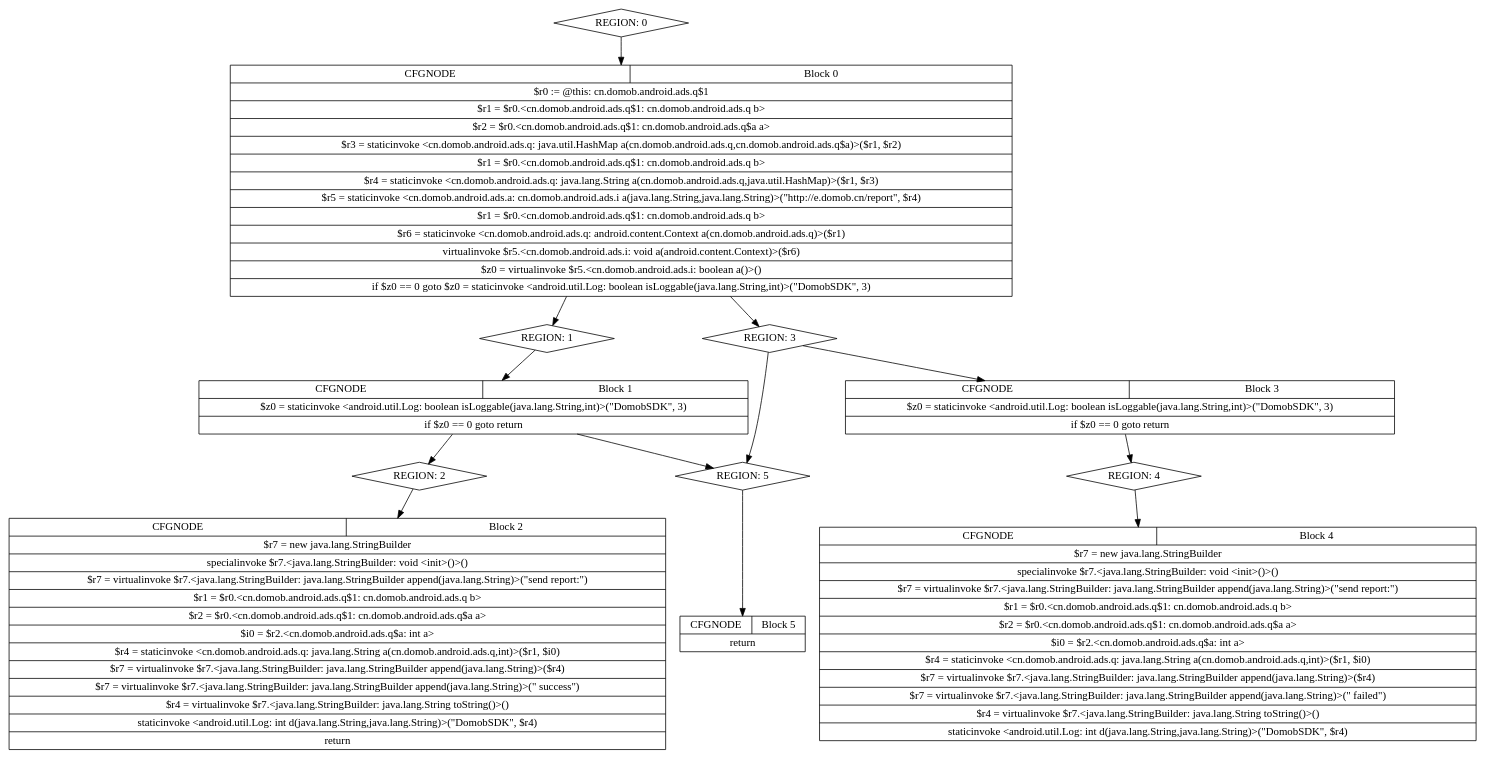
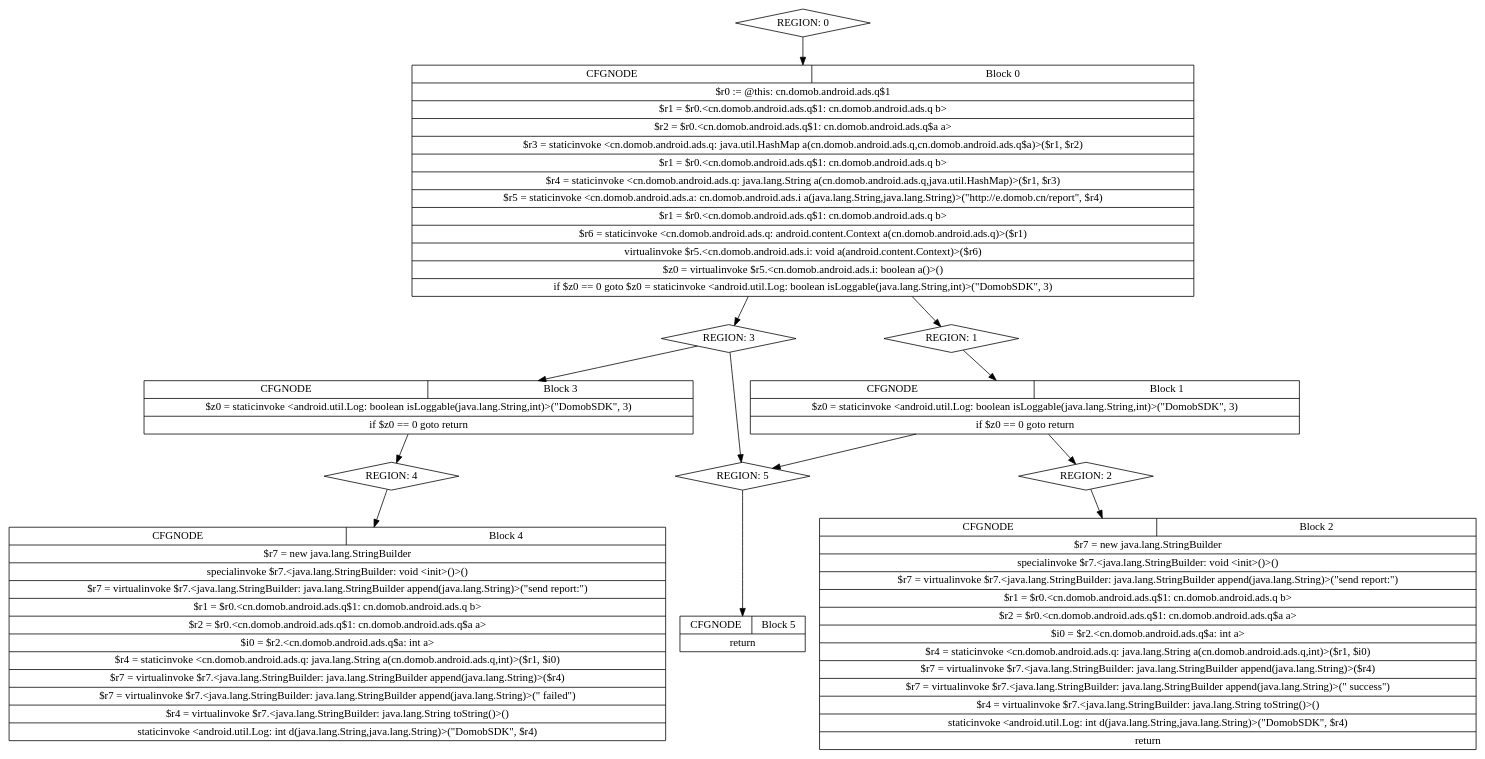
One commit to Djack1010/graph4apk changed the diagram in results/graphs/PDGs/cn.domob.android.ads.q$1_run.dot. Above: the diagram before and after it, drawn with Graphviz. The commit also changed other lines of this file and 6 other files, not shown here.

```diff
--- a/results/graphs/PDGs/cn.domob.android.ads.q$1_run.dot
+++ b/results/graphs/PDGs/cn.domob.android.ads.q$1_run.dot
@@ -1,27 +1,27 @@
 digraph "run" {
     node [shape=record];
     "REGION: 0" [shape=diamond,];
     "CFGNODE: Block #0" [label="{{ CFGNODE| Block 0}|$r0 := @this: cn.domob.android.ads.q$1|$r1 = $r0.\<cn.domob.android.ads.q$1: cn.domob.android.ads.q b\>|$r2 = $r0.\<cn.domob.android.ads.q$1: cn.domob.android.ads.q$a a\>|$r3 = staticinvoke \<cn.domob.android.ads.q: java.util.HashMap a(cn.domob.android.ads.q,cn.domob.android.ads.q$a)\>($r1, $r2)|$r1 = $r0.\<cn.domob.android.ads.q$1: cn.domob.android.ads.q b\>|$r4 = staticinvoke \<cn.domob.android.ads.q: java.lang.String a(cn.domob.android.ads.q,java.util.HashMap)\>($r1, $r3)|$r5 = staticinvoke \<cn.domob.android.ads.a: cn.domob.android.ads.i a(java.lang.String,java.lang.String)\>(\"http://e.domob.cn/report\", $r4)|$r1 = $r0.\<cn.domob.android.ads.q$1: cn.domob.android.ads.q b\>|$r6 = staticinvoke \<cn.domob.android.ads.q: android.content.Context a(cn.domob.android.ads.q)\>($r1)|virtualinvoke $r5.\<cn.domob.android.ads.i: void a(android.content.Context)\>($r6)|$z0 = virtualinvoke $r5.\<cn.domob.android.ads.i: boolean a()\>()|if $z0 == 0 goto $z0 = staticinvoke \<android.util.Log: boolean isLoggable(java.lang.String,int)\>(\"DomobSDK\", 3)}",];
     "REGION: 0"->"CFGNODE: Block #0";
     "REGION: 1" [shape=diamond,];
     "CFGNODE: Block #0"->"REGION: 1";
     "REGION: 3" [shape=diamond,];
     "CFGNODE: Block #0"->"REGION: 3";
-    "CFGNODE: Block #1" [label="{{ CFGNODE| Block 1}|$z0 = staticinvoke \<android.util.Log: boolean isLoggable(java.lang.String,int)\>(\"DomobSDK\", 3)|if $z0 == 0 goto return}",];
-    "REGION: 1"->"CFGNODE: Block #1";
-    "REGION: 2" [shape=diamond,];
-    "CFGNODE: Block #1"->"REGION: 2";
     "REGION: 5" [shape=diamond,];
-    "CFGNODE: Block #1"->"REGION: 5";
-    "CFGNODE: Block #2" [label="{{ CFGNODE| Block 2}|$r7 = new java.lang.StringBuilder|specialinvoke $r7.\<java.lang.StringBuilder: void \<init\>()\>()|$r7 = virtualinvoke $r7.\<java.lang.StringBuilder: java.lang.StringBuilder append(java.lang.String)\>(\"send report:\")|$r1 = $r0.\<cn.domob.android.ads.q$1: cn.domob.android.ads.q b\>|$r2 = $r0.\<cn.domob.android.ads.q$1: cn.domob.android.ads.q$a a\>|$i0 = $r2.\<cn.domob.android.ads.q$a: int a\>|$r4 = staticinvoke \<cn.domob.android.ads.q: java.lang.String a(cn.domob.android.ads.q,int)\>($r1, $i0)|$r7 = virtualinvoke $r7.\<java.lang.StringBuilder: java.lang.StringBuilder append(java.lang.String)\>($r4)|$r7 = virtualinvoke $r7.\<java.lang.StringBuilder: java.lang.StringBuilder append(java.lang.String)\>(\" success\")|$r4 = virtualinvoke $r7.\<java.lang.StringBuilder: java.lang.String toString()\>()|staticinvoke \<android.util.Log: int d(java.lang.String,java.lang.String)\>(\"DomobSDK\", $r4)|return}",];
-    "REGION: 2"->"CFGNODE: Block #2";
-    "CFGNODE: Block #5" [label="{{ CFGNODE| Block 5}|return}",];
-    "REGION: 5"->"CFGNODE: Block #5";
     "REGION: 3"->"REGION: 5";
     "CFGNODE: Block #3" [label="{{ CFGNODE| Block 3}|$z0 = staticinvoke \<android.util.Log: boolean isLoggable(java.lang.String,int)\>(\"DomobSDK\", 3)|if $z0 == 0 goto return}",];
     "REGION: 3"->"CFGNODE: Block #3";
     "REGION: 4" [shape=diamond,];
     "CFGNODE: Block #3"->"REGION: 4";
     "CFGNODE: Block #4" [label="{{ CFGNODE| Block 4}|$r7 = new java.lang.StringBuilder|specialinvoke $r7.\<java.lang.StringBuilder: void \<init\>()\>()|$r7 = virtualinvoke $r7.\<java.lang.StringBuilder: java.lang.StringBuilder append(java.lang.String)\>(\"send report:\")|$r1 = $r0.\<cn.domob.android.ads.q$1: cn.domob.android.ads.q b\>|$r2 = $r0.\<cn.domob.android.ads.q$1: cn.domob.android.ads.q$a a\>|$i0 = $r2.\<cn.domob.android.ads.q$a: int a\>|$r4 = staticinvoke \<cn.domob.android.ads.q: java.lang.String a(cn.domob.android.ads.q,int)\>($r1, $i0)|$r7 = virtualinvoke $r7.\<java.lang.StringBuilder: java.lang.StringBuilder append(java.lang.String)\>($r4)|$r7 = virtualinvoke $r7.\<java.lang.StringBuilder: java.lang.StringBuilder append(java.lang.String)\>(\" failed\")|$r4 = virtualinvoke $r7.\<java.lang.StringBuilder: java.lang.String toString()\>()|staticinvoke \<android.util.Log: int d(java.lang.String,java.lang.String)\>(\"DomobSDK\", $r4)}",];
     "REGION: 4"->"CFGNODE: Block #4";
+    "CFGNODE: Block #5" [label="{{ CFGNODE| Block 5}|return}",];
+    "REGION: 5"->"CFGNODE: Block #5";
+    "CFGNODE: Block #1" [label="{{ CFGNODE| Block 1}|$z0 = staticinvoke \<android.util.Log: boolean isLoggable(java.lang.String,int)\>(\"DomobSDK\", 3)|if $z0 == 0 goto return}",];
+    "REGION: 1"->"CFGNODE: Block #1";
+    "REGION: 2" [shape=diamond,];
+    "CFGNODE: Block #1"->"REGION: 2";
+    "CFGNODE: Block #1"->"REGION: 5";
+    "CFGNODE: Block #2" [label="{{ CFGNODE| Block 2}|$r7 = new java.lang.StringBuilder|specialinvoke $r7.\<java.lang.StringBuilder: void \<init\>()\>()|$r7 = virtualinvoke $r7.\<java.lang.StringBuilder: java.lang.StringBuilder append(java.lang.String)\>(\"send report:\")|$r1 = $r0.\<cn.domob.android.ads.q$1: cn.domob.android.ads.q b\>|$r2 = $r0.\<cn.domob.android.ads.q$1: cn.domob.android.ads.q$a a\>|$i0 = $r2.\<cn.domob.android.ads.q$a: int a\>|$r4 = staticinvoke \<cn.domob.android.ads.q: java.lang.String a(cn.domob.android.ads.q,int)\>($r1, $i0)|$r7 = virtualinvoke $r7.\<java.lang.StringBuilder: java.lang.StringBuilder append(java.lang.String)\>($r4)|$r7 = virtualinvoke $r7.\<java.lang.StringBuilder: java.lang.StringBuilder append(java.lang.String)\>(\" success\")|$r4 = virtualinvoke $r7.\<java.lang.StringBuilder: java.lang.String toString()\>()|staticinvoke \<android.util.Log: int d(java.lang.String,java.lang.String)\>(\"DomobSDK\", $r4)|return}",];
+    "REGION: 2"->"CFGNODE: Block #2";
 }
```
